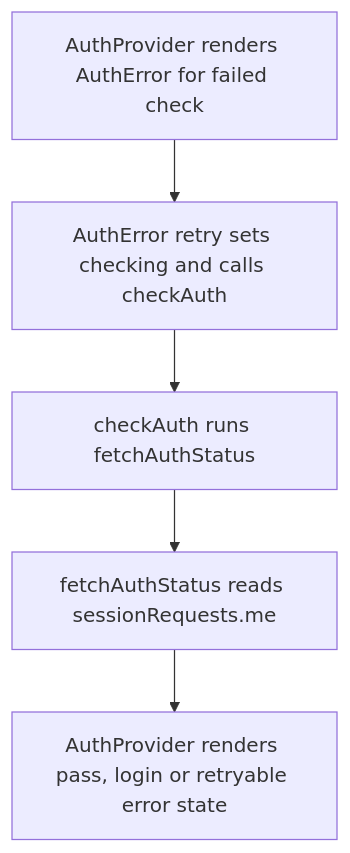
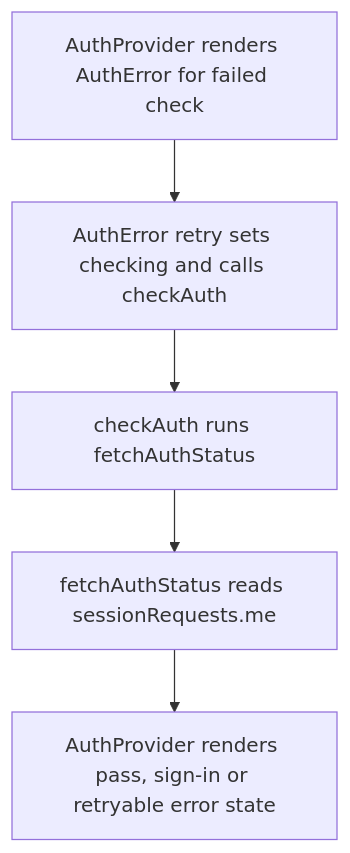
The second of 2 diagrams in user-stories/account/US-ACCOUNT-08-session-verification.md (Kevinjohn/capacitylens), drawn with Mermaid before and after one commit. The commit also changed other lines of this file and 17 other files, not shown here.

First line of the commit message:
Sign-in docs folder: rename company-login to sign-in

````diff
--- a/user-stories/account/US-ACCOUNT-08-session-verification.md
+++ b/user-stories/account/US-ACCOUNT-08-session-verification.md
@@ -28,7 +28,7 @@
 ```mermaid
 flowchart TD
   error["AuthProvider renders AuthError for failed check"] --> retry["AuthError retry sets checking and calls checkAuth"]
   retry --> fetch["checkAuth runs fetchAuthStatus"]
   fetch --> me["fetchAuthStatus reads sessionRequests.me"]
-  me --> status["AuthProvider renders pass, login or retryable error state"]
+  me --> status["AuthProvider renders pass, sign-in or retryable error state"]
 ```
````
